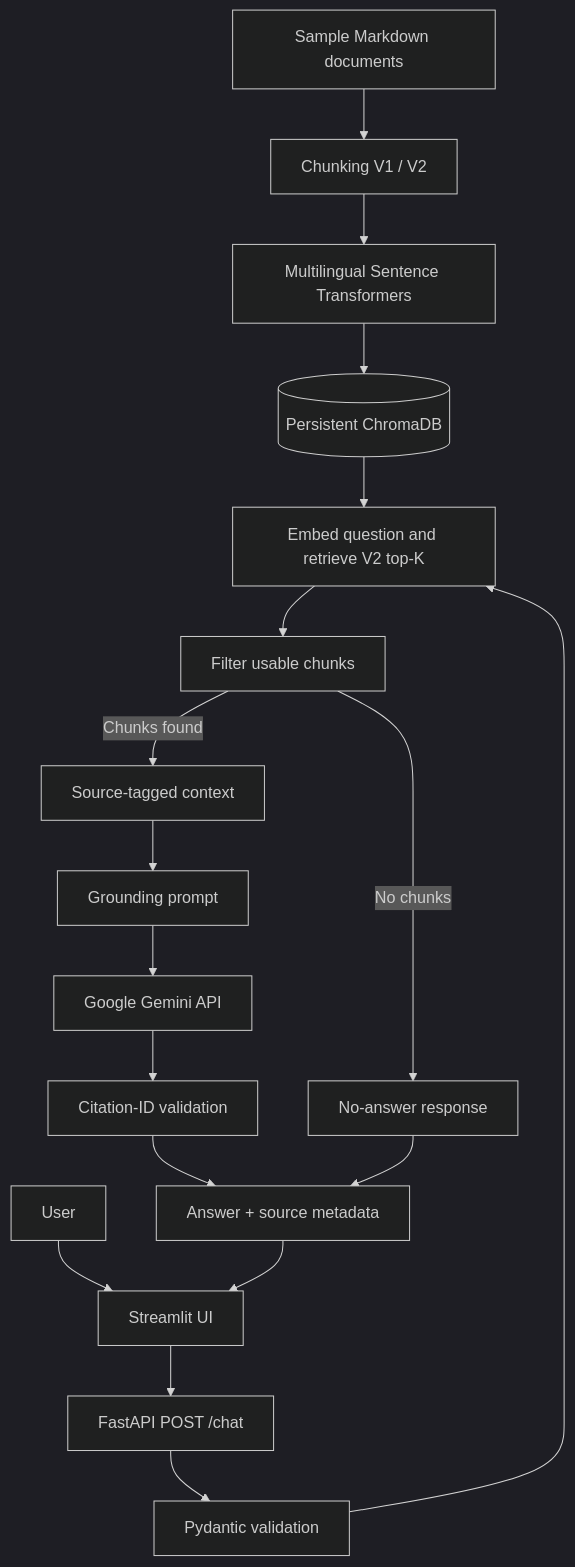
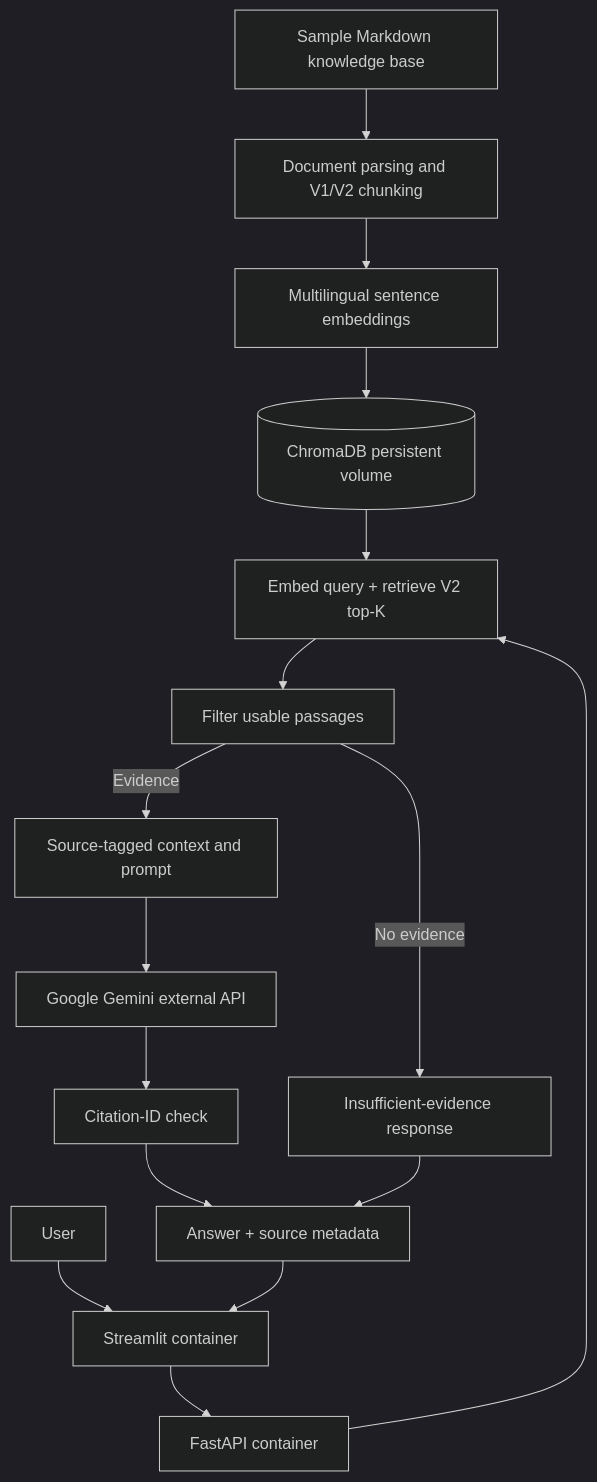
One commit to bryandhpir/enterprise-ai-knowledge-assistant changed the diagram in README.md. Above: the diagram before and after it, drawn with Mermaid (dark theme). The commit also changed other lines of this file, not shown here.

````diff
--- a/README.md
+++ b/README.md
@@ -27,21 +30,18 @@
 ```mermaid
 flowchart TD
-    Docs[Sample Markdown documents] --> Chunk[Chunking V1 / V2]
-    Chunk --> Embed[Multilingual Sentence Transformers]
-    Embed --> DB[(Persistent ChromaDB)]
-
-    User[User] --> UI[Streamlit UI]
-    UI --> API[FastAPI POST /chat]
-    API --> Valid[Pydantic validation]
-    Valid --> Retrieve[Embed question and retrieve V2 top-K]
+    Docs[Sample Markdown knowledge base] --> Chunk[Document parsing and V1/V2 chunking]
+    Chunk --> Embed[Multilingual sentence embeddings]
+    Embed --> DB[(ChromaDB persistent volume)]
+    User[User] --> UI[Streamlit container]
+    UI --> API[FastAPI container]
+    API --> Retrieve[Embed query + retrieve V2 top-K]
     DB --> Retrieve
-    Retrieve --> Filter[Filter usable chunks]
-    Filter -->|No chunks| Fallback[No-answer response]
-    Filter -->|Chunks found| Context[Source-tagged context]
-    Context --> Prompt[Grounding prompt]
-    Prompt --> Gemini[Google Gemini API]
-    Gemini --> Citations[Citation-ID validation]
-    Citations --> Output[Answer + source metadata]
+    Retrieve --> Filter[Filter usable passages]
+    Filter -->|No evidence| Fallback[Insufficient-evidence response]
+    Filter -->|Evidence| Context[Source-tagged context and prompt]
+    Context --> Gemini[Google Gemini external API]
+    Gemini --> Cite[Citation-ID check]
+    Cite --> Output[Answer + source metadata]
     Fallback --> Output
     Output --> UI
 ```
````
